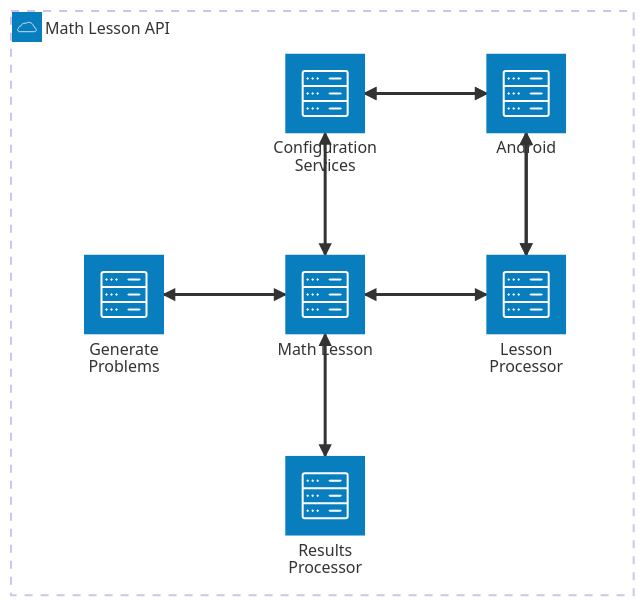
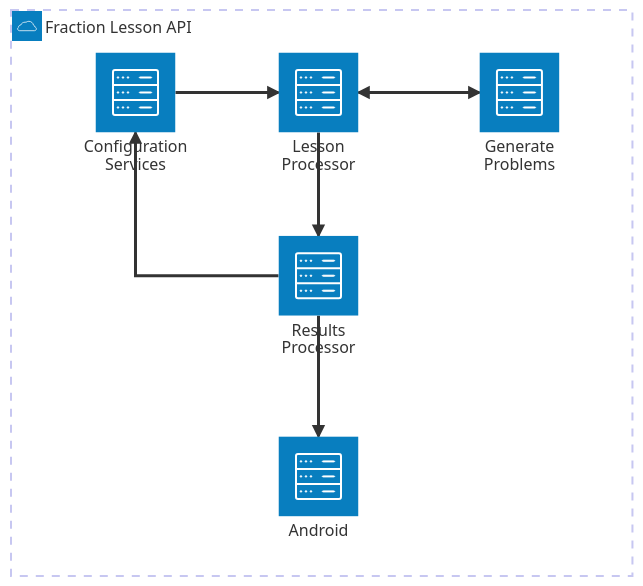
One commit to frankaburns/mathLesson changed the diagram in README.md. Above: the diagram before and after it, drawn with Mermaid.

````diff
--- a/README.md
+++ b/README.md
@@ -128,25 +128,21 @@
 ```mermaid
 
 ---
 title: Lesson Architecture
 ---
 
 architecture-beta
-    group api(cloud)[Math Lesson API]
-
+    group api(cloud)[Fraction Lesson API]
+    
     service droid(server)[Android] in api
-    service sm(server)[Math Lesson] in api
     service config(server)[Configuration Services] in api
     service build(server)[Generate Problems] in api
     service run(server)[Lesson Processor] in api
     service res(server)[Results Processor] in api
     
-    sm:T <--> B:config
-    config:R <--> L:droid
-    droid:L <--> R:config
-    sm:L <--> R:build
-    sm:R <--> L:run
-    run:T <--> B:droid
-    droid:B <--> T:run
-    sm:B <--> T:res
+    config:R --> L:run
+    run:R <--> L:build
+    run:B --> T:res
+    res:B --> T:droid
+    res:L --> B:config
 ```
````
